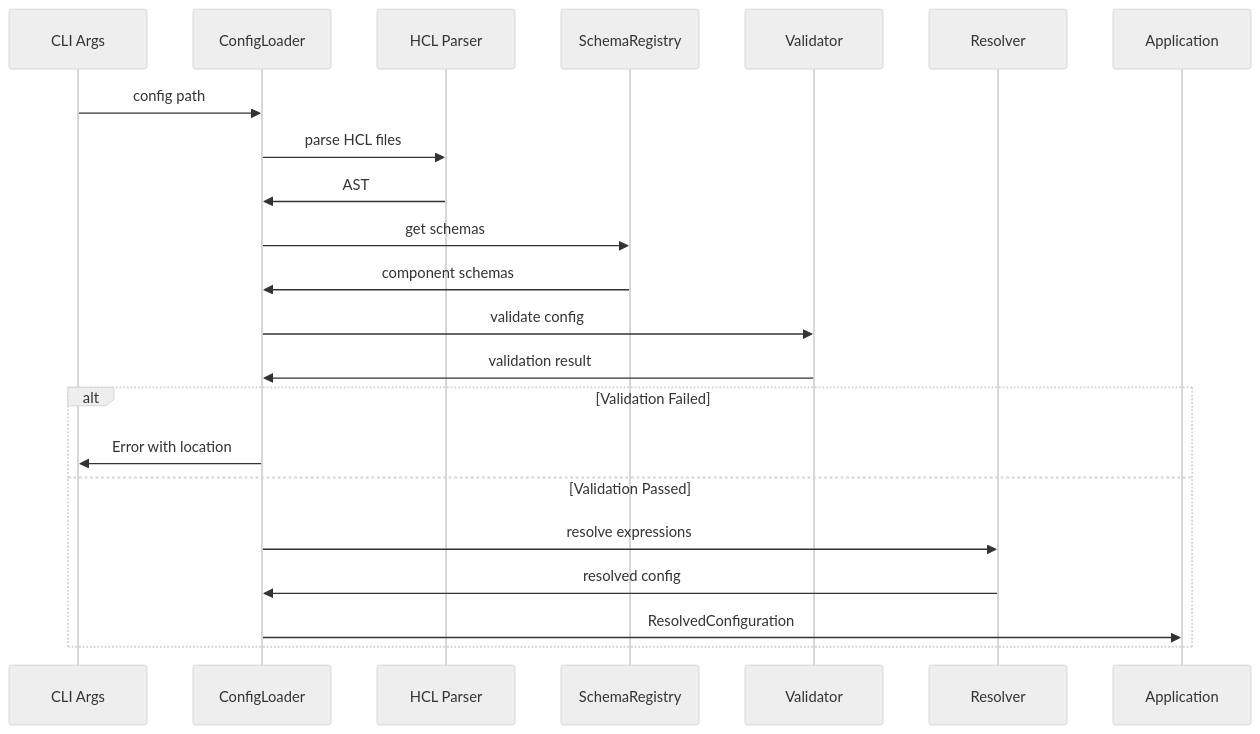
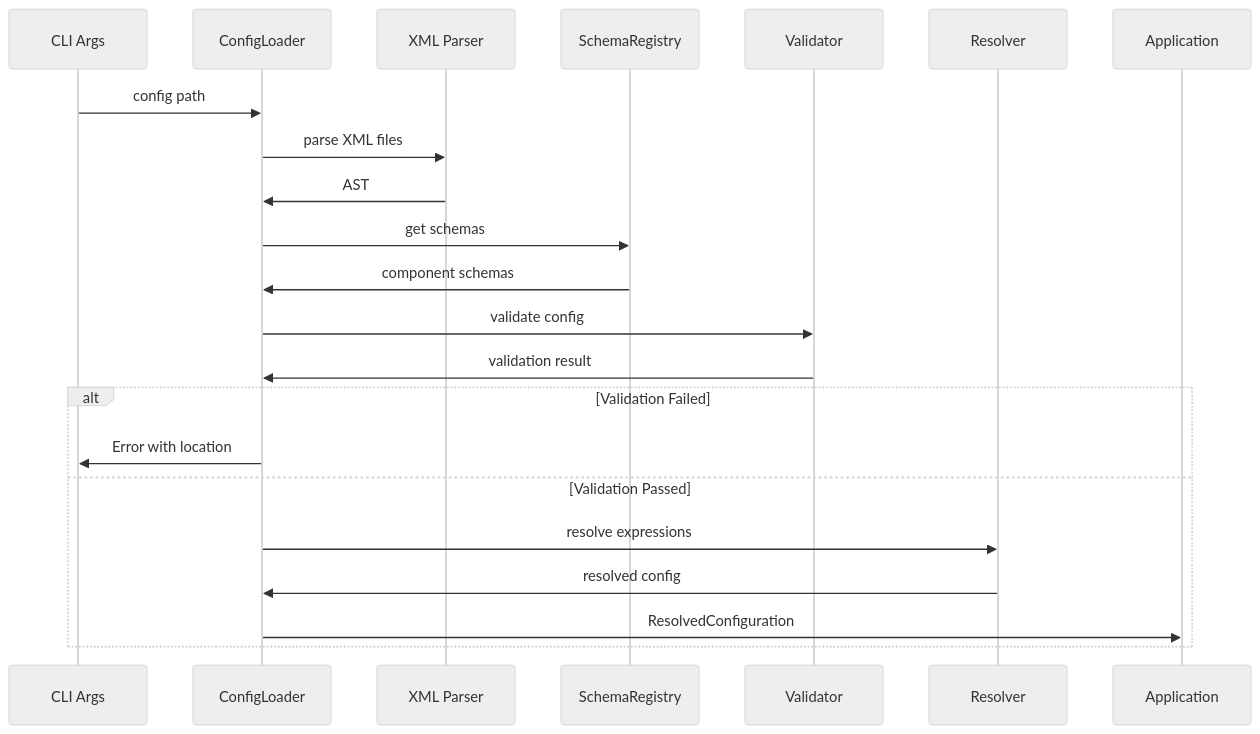
The tenth of 17 diagrams in docs/public/architecture.md (geoffjay/nemo), drawn with Mermaid (neutral theme) before and after one commit. The commit also changed other lines of this file and 59 other files, not shown here.

Commit message:
doc: update hcl references to xml

````diff
--- a/docs/public/architecture.md
+++ b/docs/public/architecture.md
@@ -452,26 +452,26 @@
 ```mermaid
 sequenceDiagram
     participant CLI as CLI Args
     participant Loader as ConfigLoader
-    participant Parser as HCL Parser
+    participant Parser as XML Parser
     participant Schema as SchemaRegistry
     participant Validator as Validator
     participant Resolver as Resolver
     participant App as Application
 
     CLI->>Loader: config path
-    Loader->>Parser: parse HCL files
+    Loader->>Parser: parse XML files
     Parser->>Loader: AST
     Loader->>Schema: get schemas
     Schema->>Loader: component schemas
     Loader->>Validator: validate config
     Validator->>Loader: validation result
     
     alt Validation Failed
         Loader->>CLI: Error with location
     else Validation Passed
         Loader->>Resolver: resolve expressions
         Resolver->>Loader: resolved config
         Loader->>App: ResolvedConfiguration
     end
 ```
````
